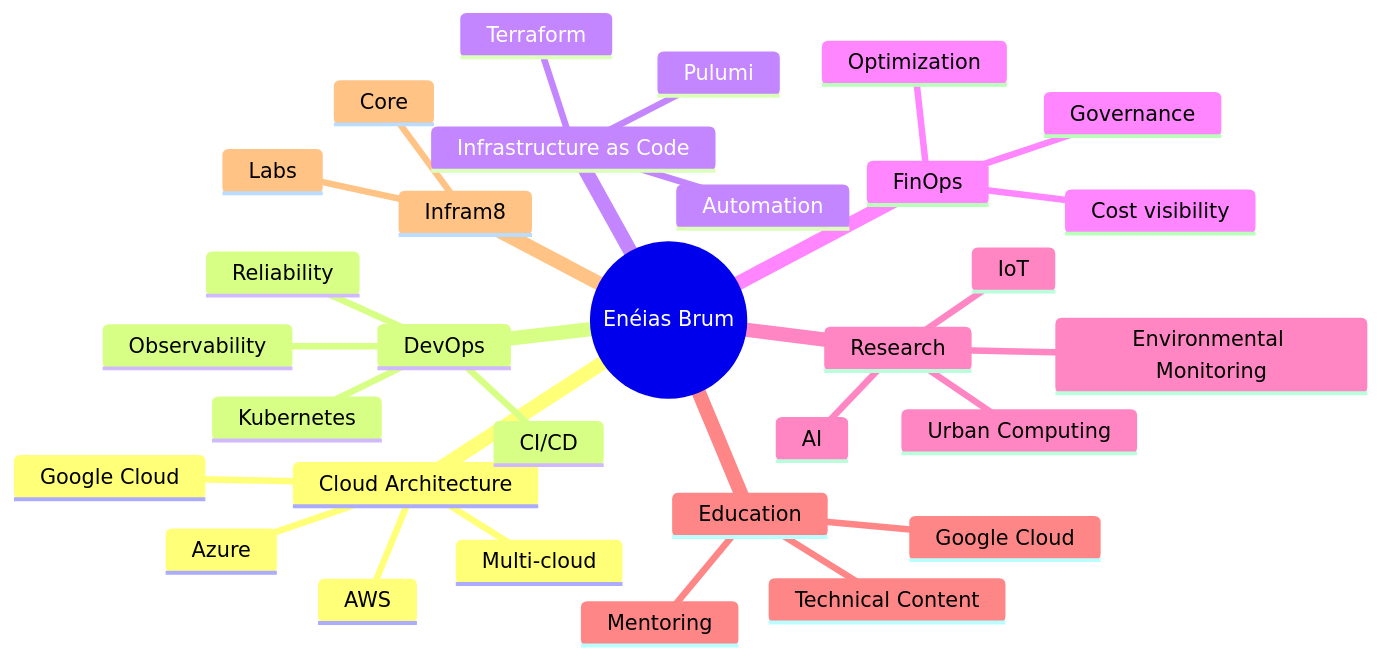
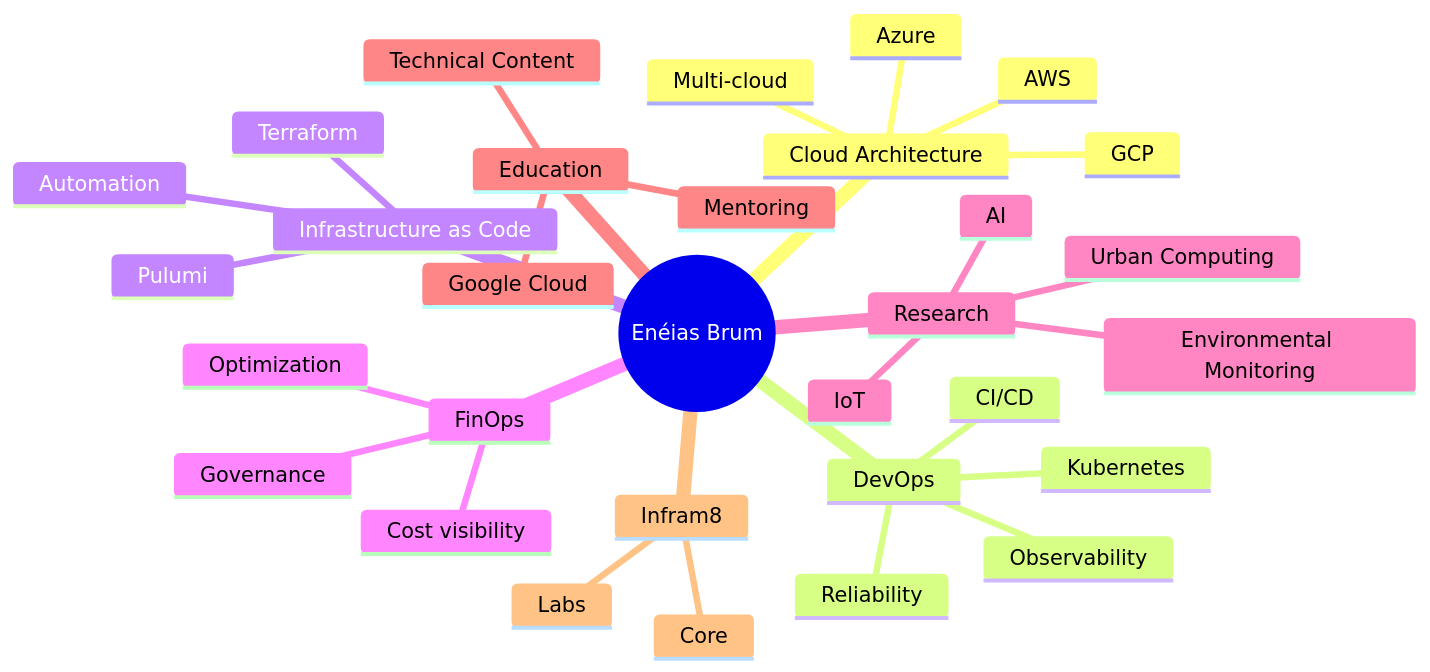
One commit to eneiasbrumjr/eneiasbrumjr changed the diagram in README.MD. Above: the diagram before and after it, drawn with Mermaid. The commit also changed other lines of this file, not shown here.

````diff
--- a/README.MD
+++ b/README.MD
@@ -184,34 +52,34 @@
 ```mermaid
 mindmap
   root((Enéias Brum))
     Cloud Architecture
       AWS
-      Google Cloud
+      GCP
       Azure
       Multi-cloud
     DevOps
       Kubernetes
       CI/CD
       Observability
       Reliability
     Infrastructure as Code
       Terraform
       Pulumi
       Automation
     FinOps
       Cost visibility
       Governance
       Optimization
     Research
       IoT
       AI
       Urban Computing
       Environmental Monitoring
     Education
       Google Cloud
       Mentoring
       Technical Content
     Infram8
       Core
       Labs
 ```
````
